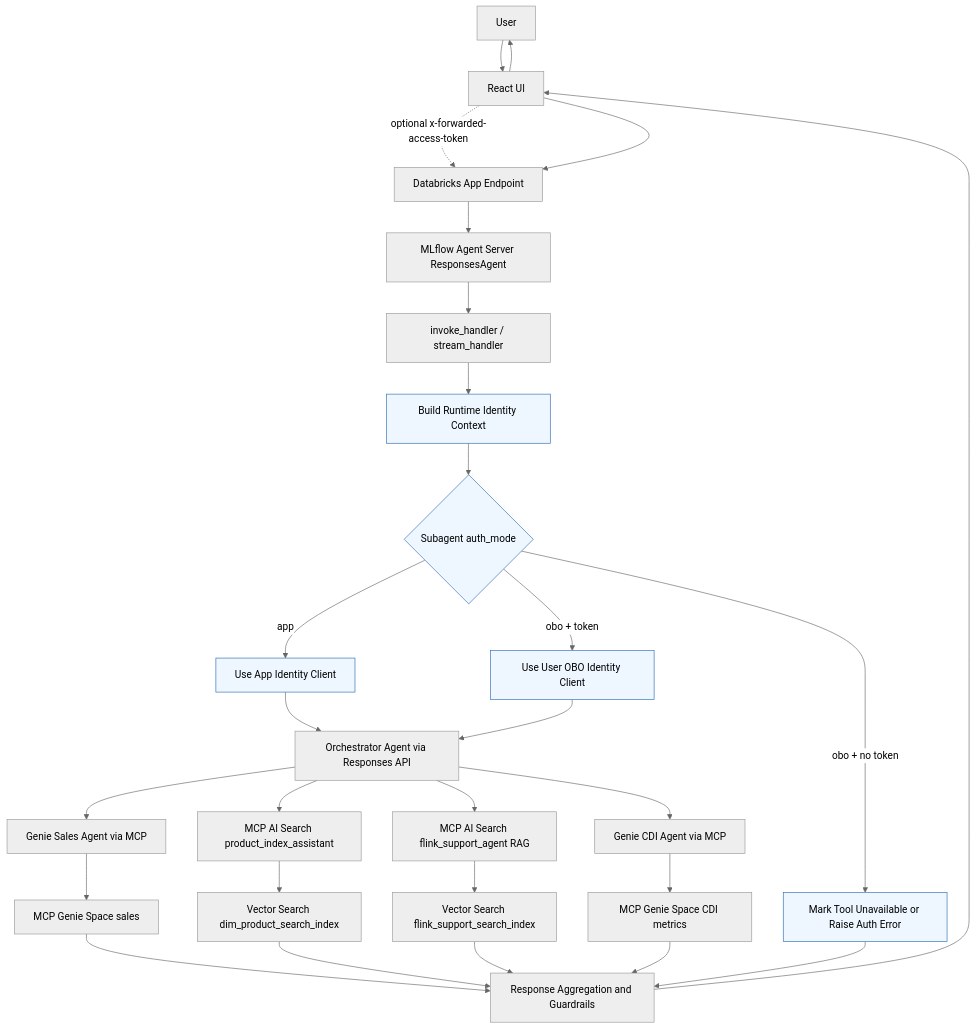
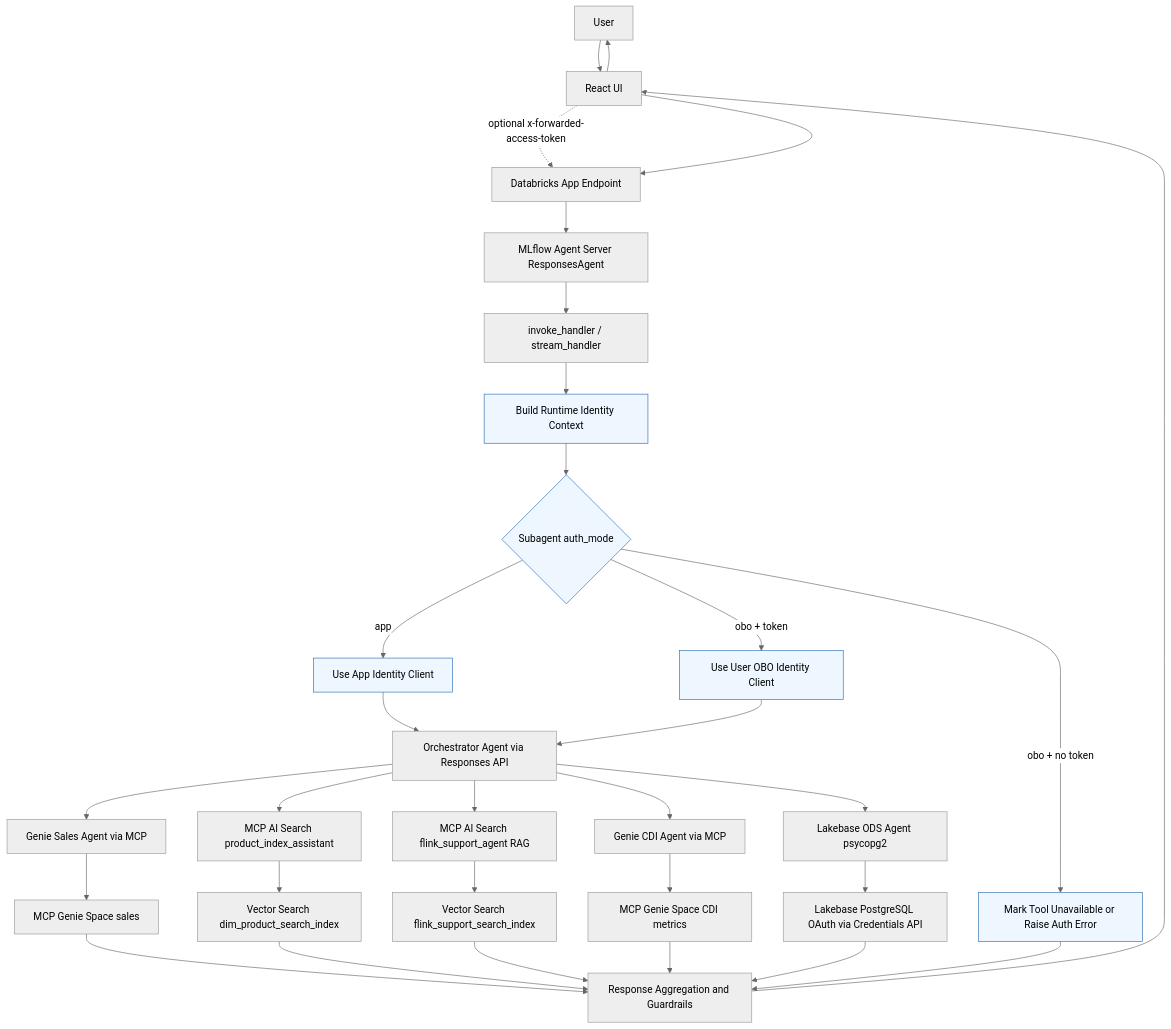
One commit to wchen-dea/Governed-Multi-Agent-Intelligence-on-Databricks changed the second of 2 diagrams in docs/architecture/system-architecture.md. Above: the diagram before and after it, drawn with Mermaid (neutral theme). The commit also changed other lines of this file and 9 other files, not shown here.

Commit message:
agent for lakebase

````diff
--- a/docs/architecture/system-architecture.md
+++ b/docs/architecture/system-architecture.md
@@ -141,37 +150,40 @@
 ```mermaid
 flowchart TD
     U[User]
     U --> UI[React UI]
     UI -.optional x-forwarded-access-token.-> APP
     UI --> APP[Databricks App Endpoint]
     APP --> S[MLflow Agent Server ResponsesAgent]
     S --> H[invoke_handler / stream_handler]
     H --> C[Build Runtime Identity Context]
     C --> D{Subagent auth_mode}
     D -->|app| AID[Use App Identity Client]
     D -->|obo + token| OID[Use User OBO Identity Client]
     D -->|obo + no token| ERR[Mark Tool Unavailable or Raise Auth Error]
     AID --> O[Orchestrator Agent via Responses API]
     OID --> O
 
     O --> G[Genie Sales Agent via MCP]
     O --> K[MCP AI Search product_index_assistant]
     O --> F[MCP AI Search flink_support_agent RAG]
     O --> CDI[Genie CDI Agent via MCP]
+    O --> LB[Lakebase ODS Agent psycopg2]
 
     G --> M[MCP Genie Space sales]
     K --> R1[Vector Search dim_product_search_index]
     F --> R3[Vector Search flink_support_search_index]
     CDI --> M2[MCP Genie Space CDI metrics]
+    LB --> PG[Lakebase PostgreSQL OAuth via Credentials API]
 
     M --> R[Response Aggregation and Guardrails]
     R1 --> R
     R3 --> R
     M2 --> R
+    PG --> R
     ERR --> R
     R --> UI
     UI --> U
 
     classDef auth fill:#eef7ff,stroke:#2b6cb0,stroke-width:1px;
     class C,D,AID,OID,ERR auth;
 ```
````
